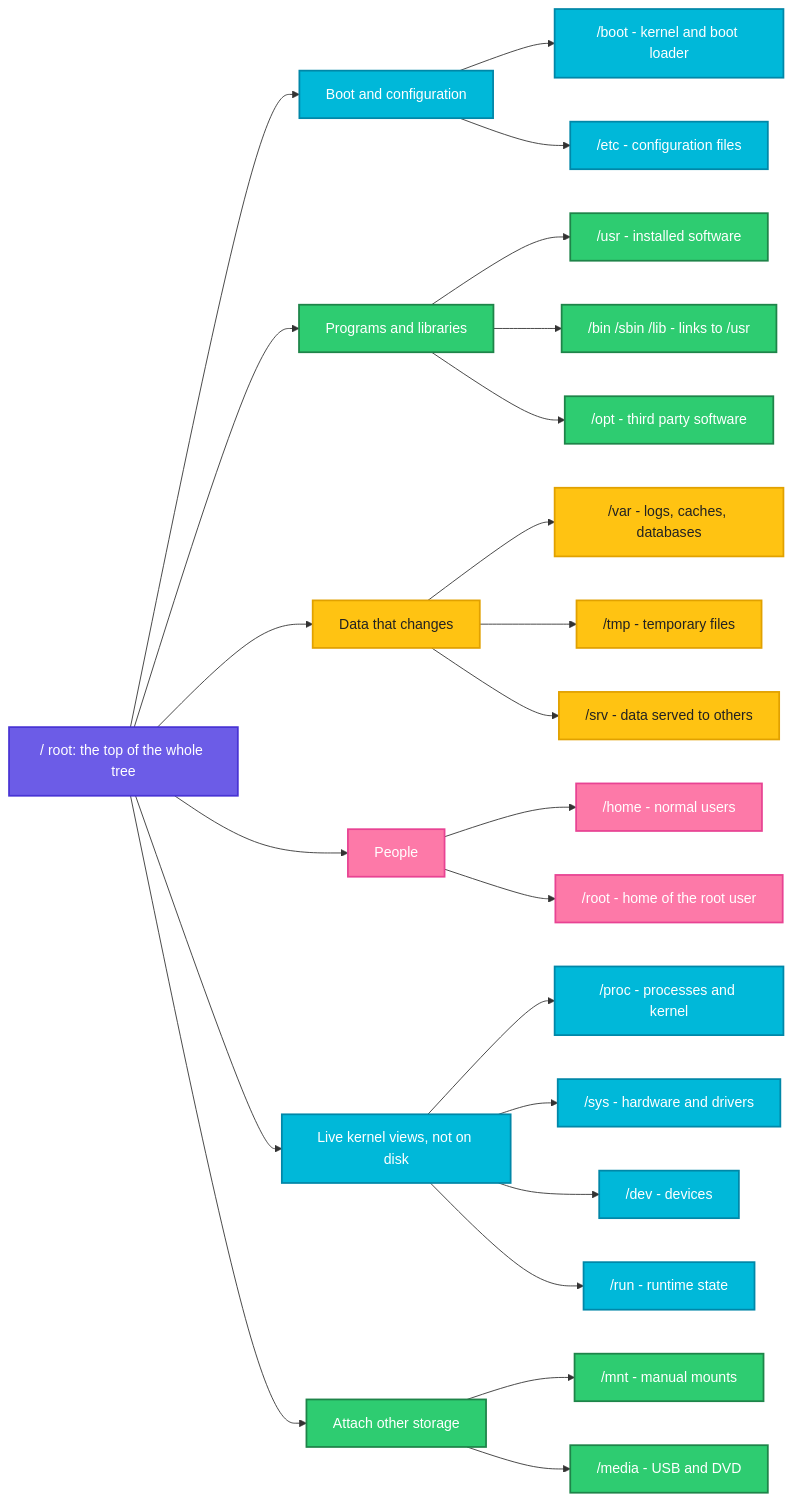
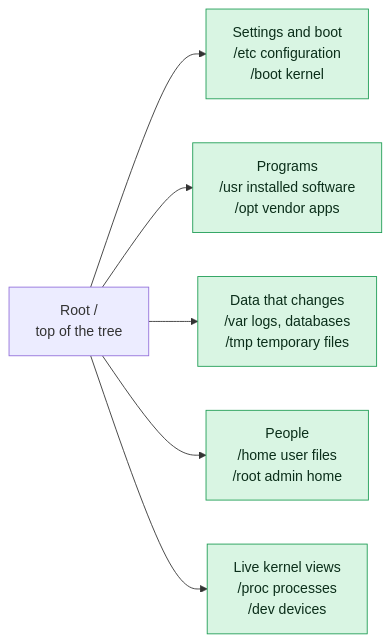
Before and after one commit to codeKerdosTech/DevOps-Documentation: the diagram in linux/fundamentals/04-filesystem-hierarchy.md, drawn with Mermaid. The commit also changed other lines of this file and 165 other files, not shown here.

Commit message:
updated diagrams in linux

````diff
--- a/linux/fundamentals/04-filesystem-hierarchy.md
+++ b/linux/fundamentals/04-filesystem-hierarchy.md
@@ -42,45 +42,14 @@
 ```mermaid
 flowchart LR
-    ROOT["/ root: the top of the whole tree"]
-    ROOT --> G1["Boot and configuration"]
-    ROOT --> G2["Programs and libraries"]
-    ROOT --> G3["Data that changes"]
-    ROOT --> G4["People"]
-    ROOT --> G5["Live kernel views, not on disk"]
-    ROOT --> G6["Attach other storage"]
-
-    G1 --> boot["/boot - kernel and boot loader"]
-    G1 --> etc["/etc - configuration files"]
-
-    G2 --> usr["/usr - installed software"]
-    G2 --> bin["/bin /sbin /lib - links to /usr"]
-    G2 --> opt["/opt - third party software"]
-
-    G3 --> var["/var - logs, caches, databases"]
-    G3 --> tmp["/tmp - temporary files"]
-    G3 --> srv["/srv - data served to others"]
-
-    G4 --> home["/home - normal users"]
-    G4 --> rootuser["/root - home of the root user"]
-
-    G5 --> procfs["/proc - processes and kernel"]
-    G5 --> sysfs["/sys - hardware and drivers"]
-    G5 --> dev["/dev - devices"]
-    G5 --> run["/run - runtime state"]
-
-    G6 --> mnt["/mnt - manual mounts"]
-    G6 --> media["/media - USB and DVD"]
-
-    classDef start fill:#6C5CE7,stroke:#4834D4,stroke-width:2px,color:#fff
-    classDef proc fill:#00B8D9,stroke:#0087A8,stroke-width:2px,color:#fff
-    classDef dec fill:#FFC312,stroke:#E1A100,stroke-width:2px,color:#222
-    classDef ok fill:#2ECC71,stroke:#1E8449,stroke-width:2px,color:#fff
-    classDef out fill:#FD79A8,stroke:#E84393,stroke-width:2px,color:#fff
-    class ROOT start
-    class G1,boot,etc proc
-    class G2,usr,bin,opt ok
-    class G3,var,tmp,srv dec
-    class G4,home,rootuser out
-    class G5,procfs,sysfs,dev,run proc
-    class G6,mnt,media ok
+    r1[Root  /<br/>top of the tree] --> o1[Settings and boot<br/>/etc  configuration<br/>/boot  kernel]
+    r1 --> o2[Programs<br/>/usr  installed software<br/>/opt  vendor apps]
+    r1 --> o3[Data that changes<br/>/var  logs, databases<br/>/tmp  temporary files]
+    r1 --> o4[People<br/>/home  user files<br/>/root  admin home]
+    r1 --> o5[Live kernel views<br/>/proc  processes<br/>/dev  devices]
+    classDef inp fill:#DCEBFF,stroke:#2F6FDE,color:#10213F
+    classDef cmd fill:#FFF0C2,stroke:#C98A00,color:#3A2A00
+    classDef out fill:#D9F5E3,stroke:#1F9D55,color:#0B2E1A
+    classDef bad fill:#FDE0E0,stroke:#D13B3B,color:#4A0F0F
+    classDef note fill:#ECEFF3,stroke:#7B8794,color:#1F2933
+    class o1,o2,o3,o4,o5 out
 ```
````
